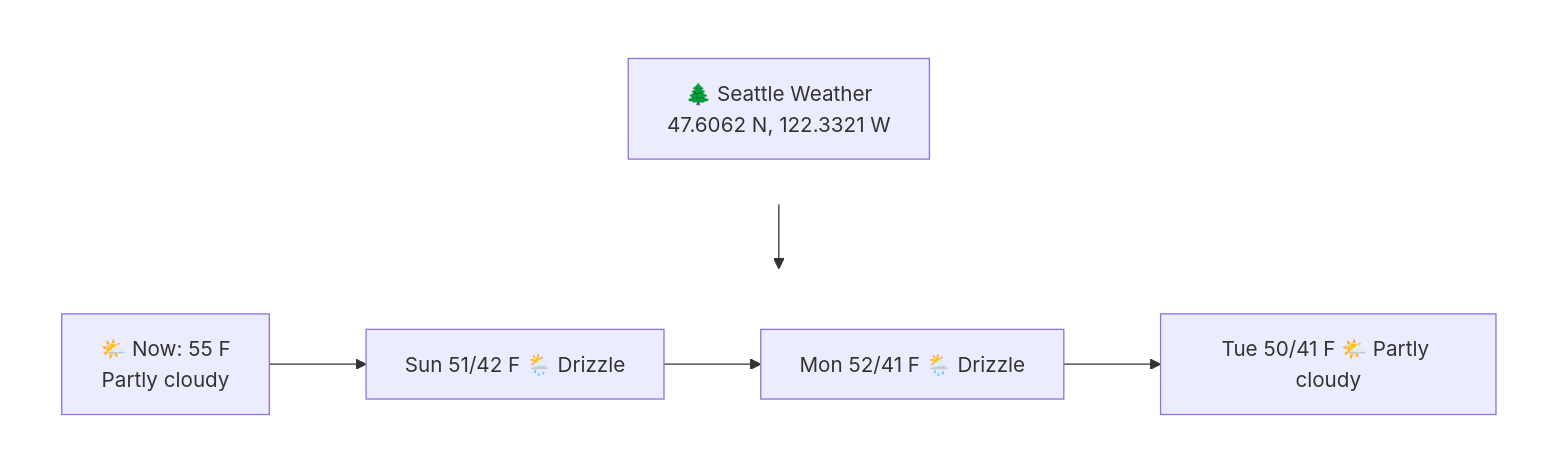
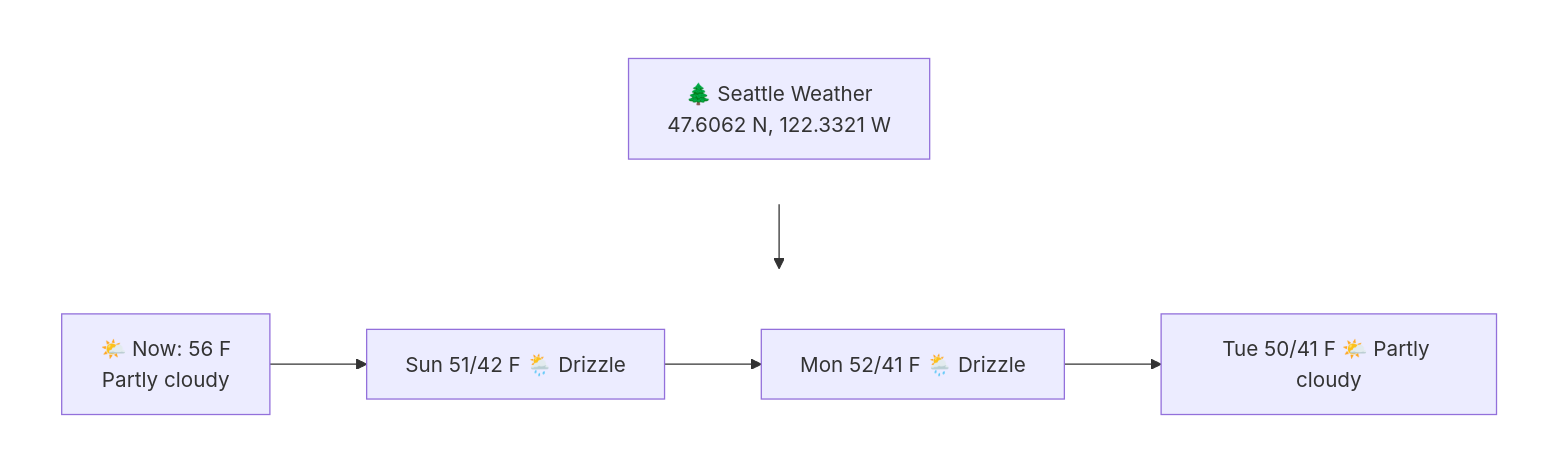
Before and after one commit to 23skdu/23skdu: the diagram in README.md, drawn with Mermaid.

Commit message:
Update Seattle weather diagram [skip ci]

````diff
--- a/README.md
+++ b/README.md
@@ -2,17 +2,17 @@
 ```mermaid
 flowchart TB
     subgraph top[" "]
         T["🌲 Seattle Weather\n47.6062 N, 122.3321 W"]
     end
     subgraph bottom[" "]
         direction LR
-        N["🌤️ Now: 55 F\nPartly cloudy"]
+        N["🌤️ Now: 56 F\nPartly cloudy"]
         D1["Sun 51/42 F 🌦️ Drizzle"]
         D2["Mon 52/41 F 🌦️ Drizzle"]
         D3["Tue 50/41 F 🌤️ Partly cloudy"]
         N --> D1 --> D2 --> D3
     end
     top --> bottom
     style top fill:none,stroke:none
     style bottom fill:none,stroke:none
 ```
````
